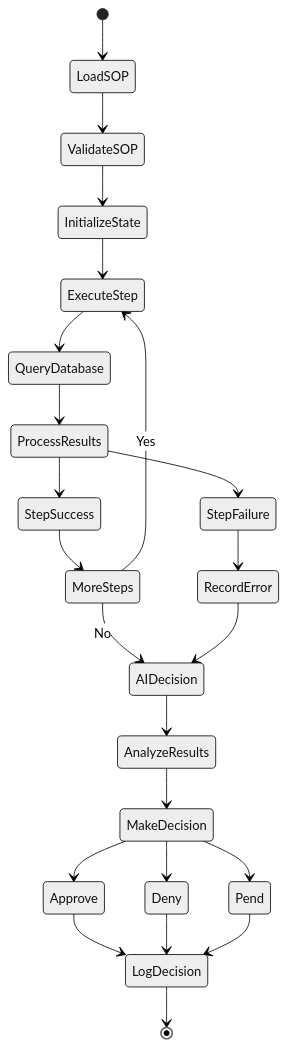
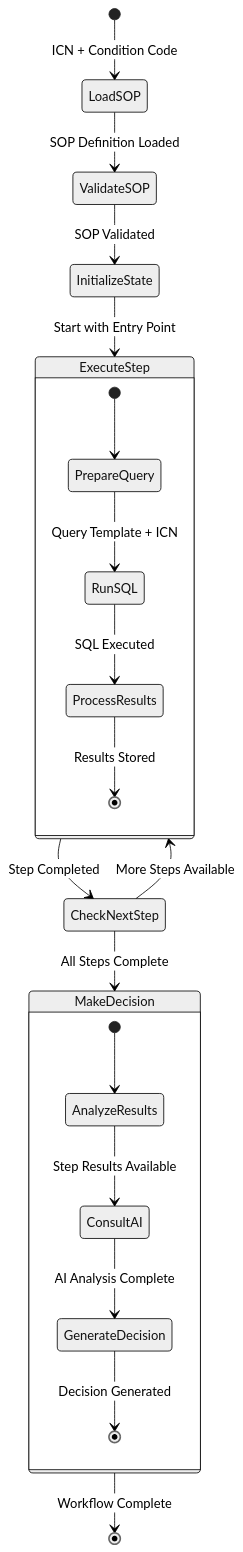
One commit to phoenix-4u/Pend_Claims_Agentic_Workflow changed the sixth of 9 diagrams in README.md. Above: the diagram before and after it, drawn with Mermaid (neutral theme). The commit also changed other lines of this file, not shown here.

````diff
--- a/README.md
+++ b/README.md
@@ -225,34 +271,28 @@
 ```mermaid
 stateDiagram-v2
-    [*] --> LoadSOP
-    LoadSOP --> ValidateSOP
-    ValidateSOP --> InitializeState
+    [*] --> LoadSOP: ICN + Condition Code
+    LoadSOP --> ValidateSOP: SOP Definition Loaded
+    ValidateSOP --> InitializeState: SOP Validated
     
-    InitializeState --> ExecuteStep
-    ExecuteStep --> QueryDatabase
-    QueryDatabase --> ProcessResults
+    InitializeState --> ExecuteStep: Start with Entry Point
     
-    ProcessResults --> StepSuccess
-    ProcessResults --> StepFailure
+    state ExecuteStep {
+        [*] --> PrepareQuery
+        PrepareQuery --> RunSQL: Query Template + ICN
+        RunSQL --> ProcessResults: SQL Executed
+        ProcessResults --> [*]: Results Stored
+    }
     
-    StepSuccess --> MoreSteps
-    StepFailure --> RecordError
+    ExecuteStep --> CheckNextStep: Step Completed
+    CheckNextStep --> ExecuteStep: More Steps Available
+    CheckNextStep --> MakeDecision: All Steps Complete
     
-    MoreSteps --> ExecuteStep : Yes
-    MoreSteps --> AIDecision : No
+    state MakeDecision {
+        [*] --> AnalyzeResults
+        AnalyzeResults --> ConsultAI: Step Results Available
+        ConsultAI --> GenerateDecision: AI Analysis Complete
+        GenerateDecision --> [*]: Decision Generated
+    }
     
-    RecordError --> AIDecision
-    
-    AIDecision --> AnalyzeResults
-    AnalyzeResults --> MakeDecision
-    
-    MakeDecision --> Approve
-    MakeDecision --> Deny
-    MakeDecision --> Pend
-    
-    Approve --> LogDecision
-    Deny --> LogDecision
-    Pend --> LogDecision
-    
-    LogDecision --> [*]
+    MakeDecision --> [*]: Workflow Complete
 ```
````
